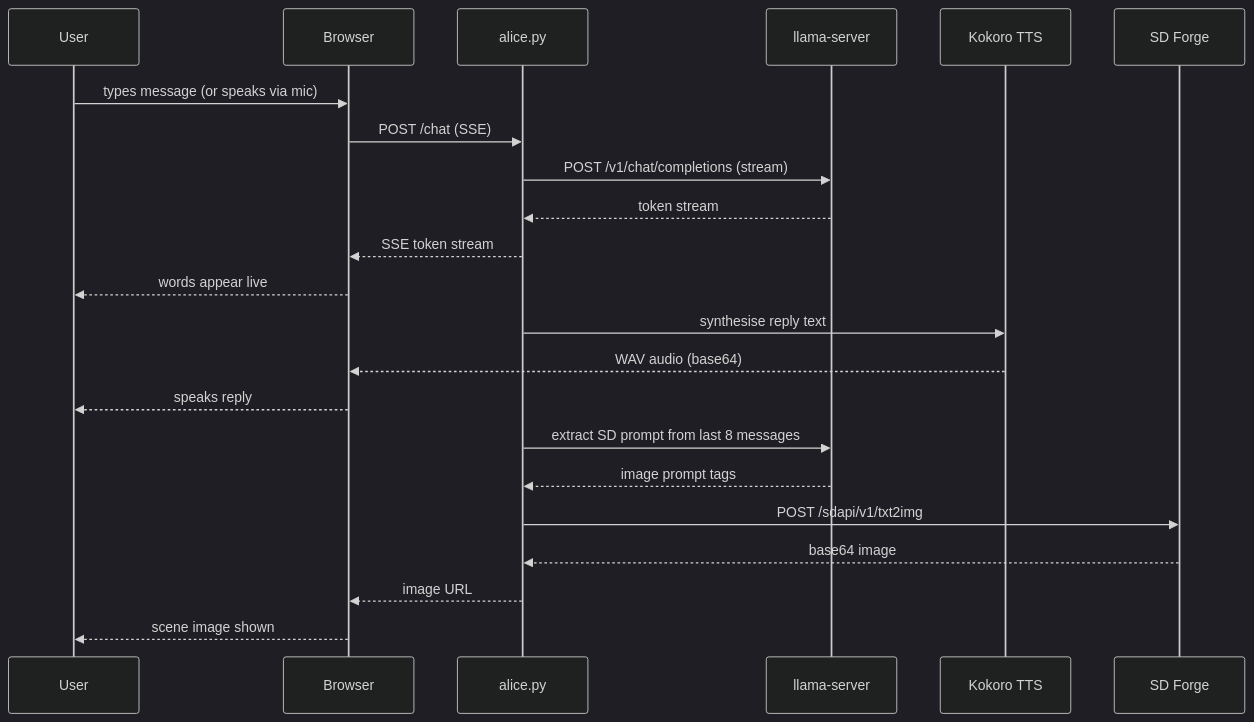
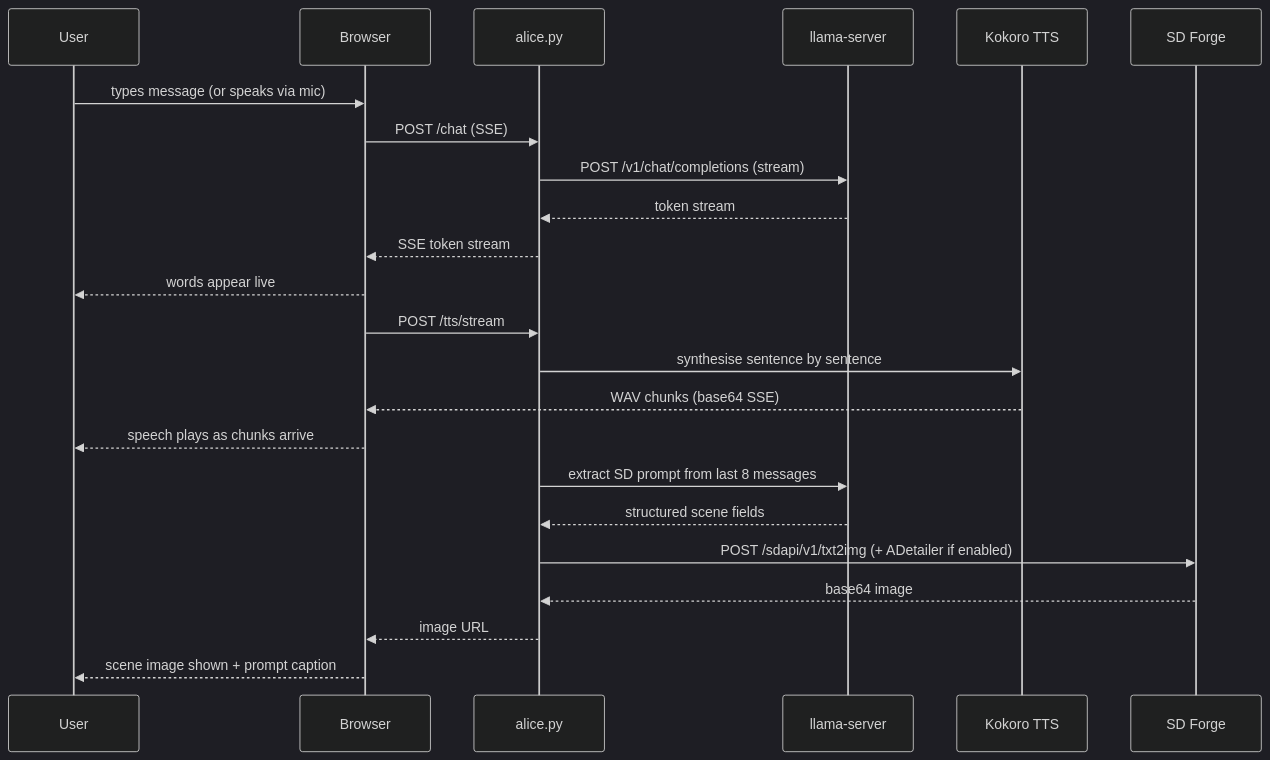
The second of 4 diagrams in Readme.md (cschladetsch/PyLocalEnsemble), drawn with Mermaid (dark theme) before and after one commit. The commit also changed other lines of this file, not shown here.

Commit message:
Update docs: ADetailer, accessories, re-say cache, hand tags, test coverage

````diff
--- a/Readme.md
+++ b/Readme.md
@@ -348,27 +408,28 @@
 ```mermaid
 sequenceDiagram
     participant U as User
     participant B as Browser
     participant A as alice.py
     participant L as llama-server
     participant K as Kokoro TTS
     participant F as SD Forge
 
     U->>B: types message (or speaks via mic)
     B->>A: POST /chat (SSE)
     A->>L: POST /v1/chat/completions (stream)
     L-->>A: token stream
     A-->>B: SSE token stream
     B-->>U: words appear live
 
-    A->>K: synthesise reply text
-    K-->>B: WAV audio (base64)
-    B-->>U: speaks reply
+    B->>A: POST /tts/stream
+    A->>K: synthesise sentence by sentence
+    K-->>B: WAV chunks (base64 SSE)
+    B-->>U: speech plays as chunks arrive
 
     A->>L: extract SD prompt from last 8 messages
-    L-->>A: image prompt tags
-    A->>F: POST /sdapi/v1/txt2img
+    L-->>A: structured scene fields
+    A->>F: POST /sdapi/v1/txt2img (+ ADetailer if enabled)
     F-->>A: base64 image
     A-->>B: image URL
-    B-->>U: scene image shown
+    B-->>U: scene image shown + prompt caption
 ```
````
